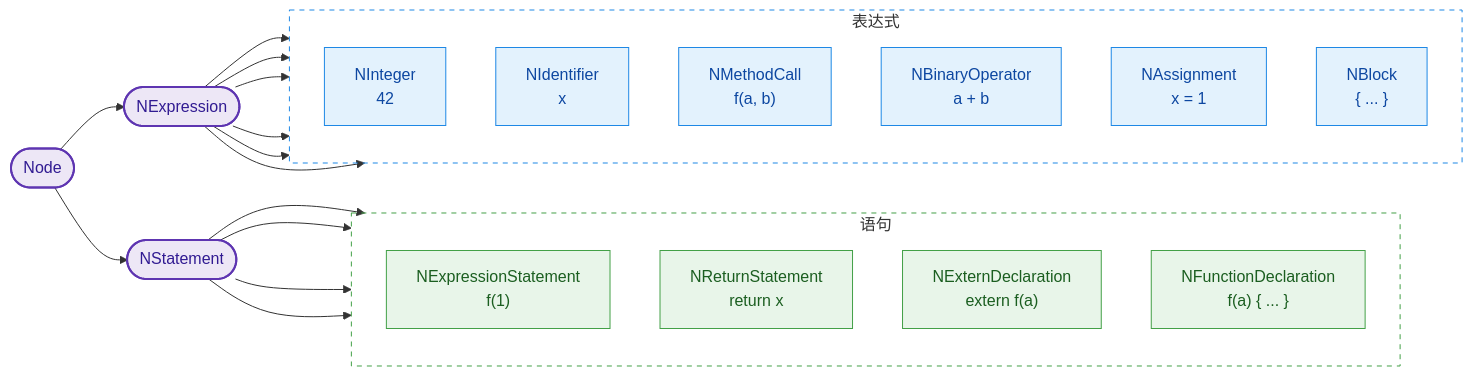
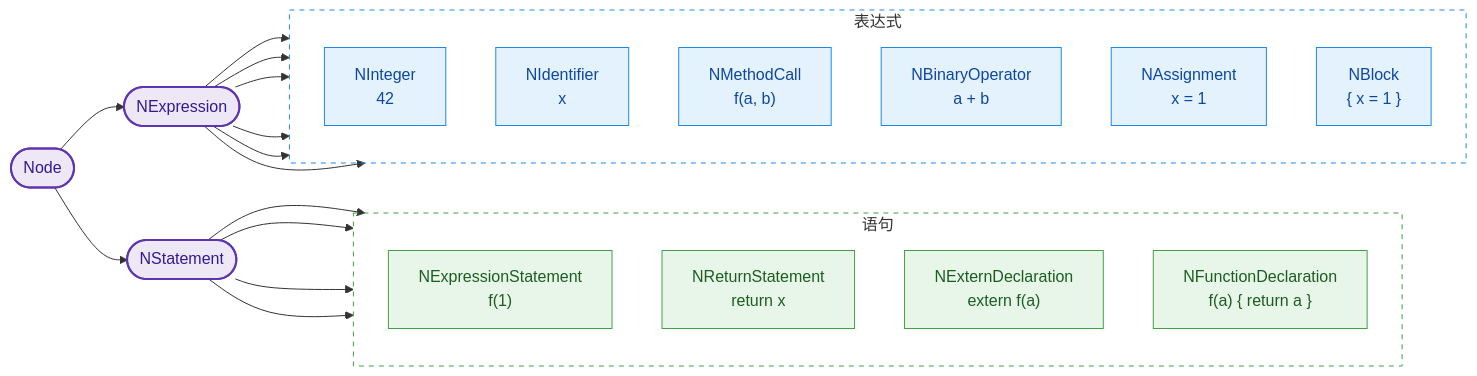
The diagram in README.md (shdxiang/xy-compiler), drawn with Mermaid before and after one commit. The commit also changed other lines of this file and 2 other files, not shown here.

````diff
--- a/README.md
+++ b/README.md
@@ -198,34 +198,34 @@
 ```mermaid
 flowchart LR
     Node(["Node"]) --> NExpression(["NExpression"]) & NStatement(["NStatement"])
 
     subgraph expressions [表达式]
         direction TB
         NInteger["NInteger<br/>42"]
         NIdentifier["NIdentifier<br/>x"]
         NMethodCall["NMethodCall<br/>f(a, b)"]
         NBinaryOperator["NBinaryOperator<br/>a + b"]
         NAssignment["NAssignment<br/>x = 1"]
-        NBlock["NBlock<br/>{ ... }"]
+        NBlock["NBlock<br/>{ x = 1 }"]
     end
 
     subgraph statements [语句]
         direction TB
         NExpressionStatement["NExpressionStatement<br/>f(1)"]
         NReturnStatement["NReturnStatement<br/>return x"]
         NExternDeclaration["NExternDeclaration<br/>extern f(a)"]
-        NFunctionDeclaration["NFunctionDeclaration<br/>f(a) { ... }"]
+        NFunctionDeclaration["NFunctionDeclaration<br/>f(a) { return a }"]
     end
 
     NExpression --> NInteger & NIdentifier & NMethodCall & NBinaryOperator & NAssignment & NBlock
     NStatement --> NExpressionStatement & NReturnStatement & NExternDeclaration & NFunctionDeclaration
 
     classDef base fill:#ede7f6,stroke:#5e35b1,stroke-width:2px,color:#311b92
     classDef expr fill:#e3f2fd,stroke:#1e88e5,color:#0d47a1
     classDef stmt fill:#e8f5e9,stroke:#43a047,color:#1b5e20
     class Node,NExpression,NStatement base
     class NInteger,NIdentifier,NMethodCall,NBinaryOperator,NAssignment,NBlock expr
     class NExpressionStatement,NReturnStatement,NExternDeclaration,NFunctionDeclaration stmt
     style expressions fill:none,stroke:#1e88e5,stroke-dasharray:5 5
     style statements fill:none,stroke:#43a047,stroke-dasharray:5 5
 ```
````
